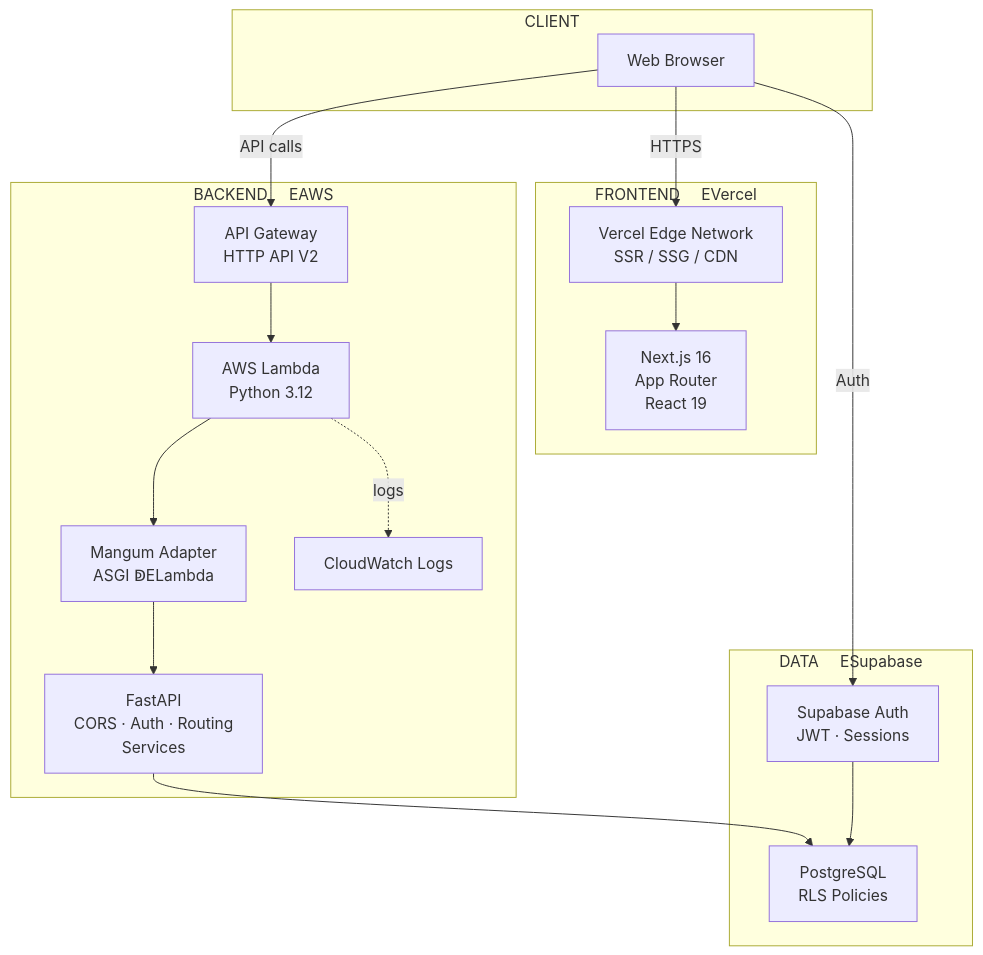
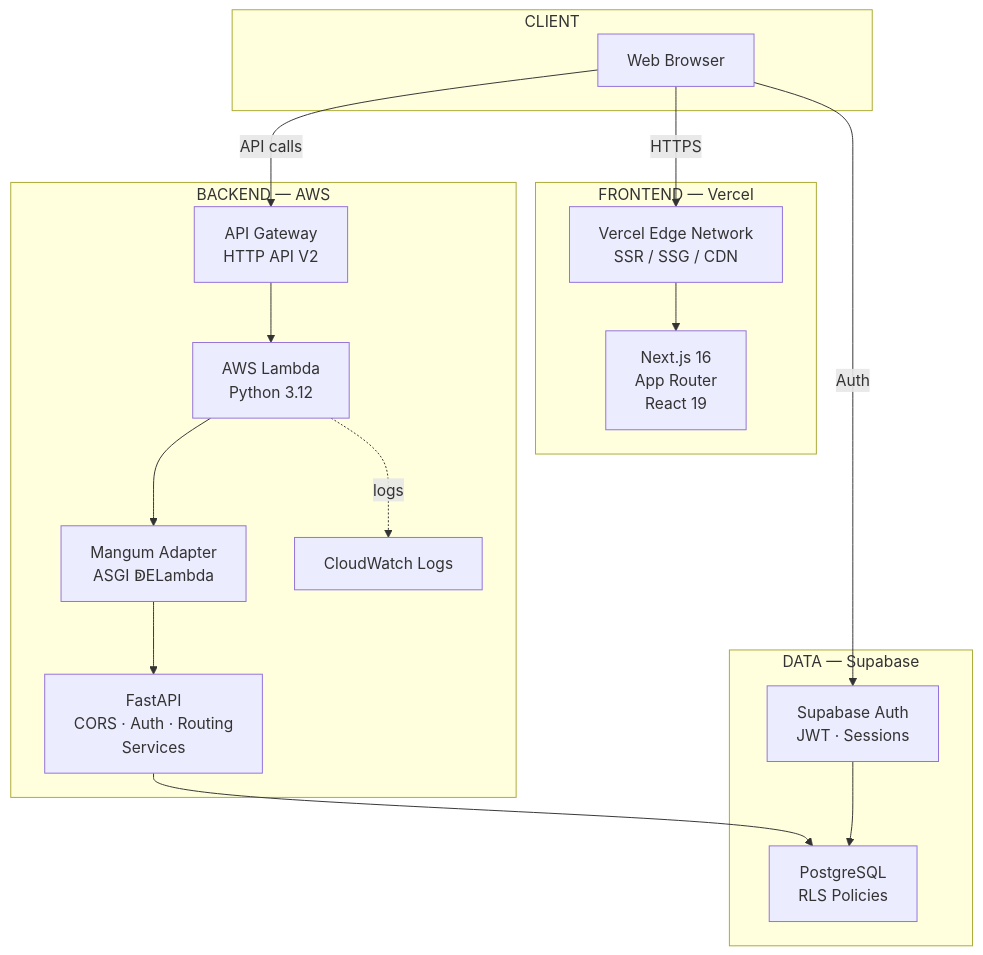
Before and after one commit to nyanham/morning-routine-productivity: the first of 3 diagrams in docs/02-Architecture/01-System-Overview.md, drawn with Mermaid. The commit also changed other lines of this file and 40 other files, not shown here.

````diff
--- a/docs/02-Architecture/01-System-Overview.md
+++ b/docs/02-Architecture/01-System-Overview.md
@@ -9,33 +9,33 @@
 ```mermaid
 flowchart TB
     subgraph CLIENT["CLIENT"]
         Browser["Web Browser"]
     end
 
-    subgraph FRONTEND["FRONTEND  EVercel"]
+    subgraph FRONTEND["FRONTEND  — Vercel"]
         Vercel["Vercel Edge Network\nSSR / SSG / CDN"]
         NextJS["Next.js 16\nApp Router\nReact 19"]
     end
 
-    subgraph BACKEND["BACKEND  EAWS"]
+    subgraph BACKEND["BACKEND  — AWS"]
         APIGW["API Gateway\nHTTP API V2"]
         Lambda["AWS Lambda\nPython 3.12"]
         Mangum["Mangum Adapter\nASGI ↁELambda"]
         FastAPI["FastAPI\nCORS · Auth · Routing\nServices"]
         CW["CloudWatch Logs"]
     end
 
-    subgraph DATA["DATA  ESupabase"]
+    subgraph DATA["DATA  — Supabase"]
         Auth["Supabase Auth\nJWT · Sessions"]
         PG["PostgreSQL\nRLS Policies"]
     end
 
     Browser -->|"HTTPS"| Vercel
     Vercel --> NextJS
     Browser -->|"API calls"| APIGW
     APIGW --> Lambda --> Mangum --> FastAPI
     Lambda -.->|"logs"| CW
     FastAPI --> PG
     Browser -->|"Auth"| Auth
     Auth --> PG
 ```
````
